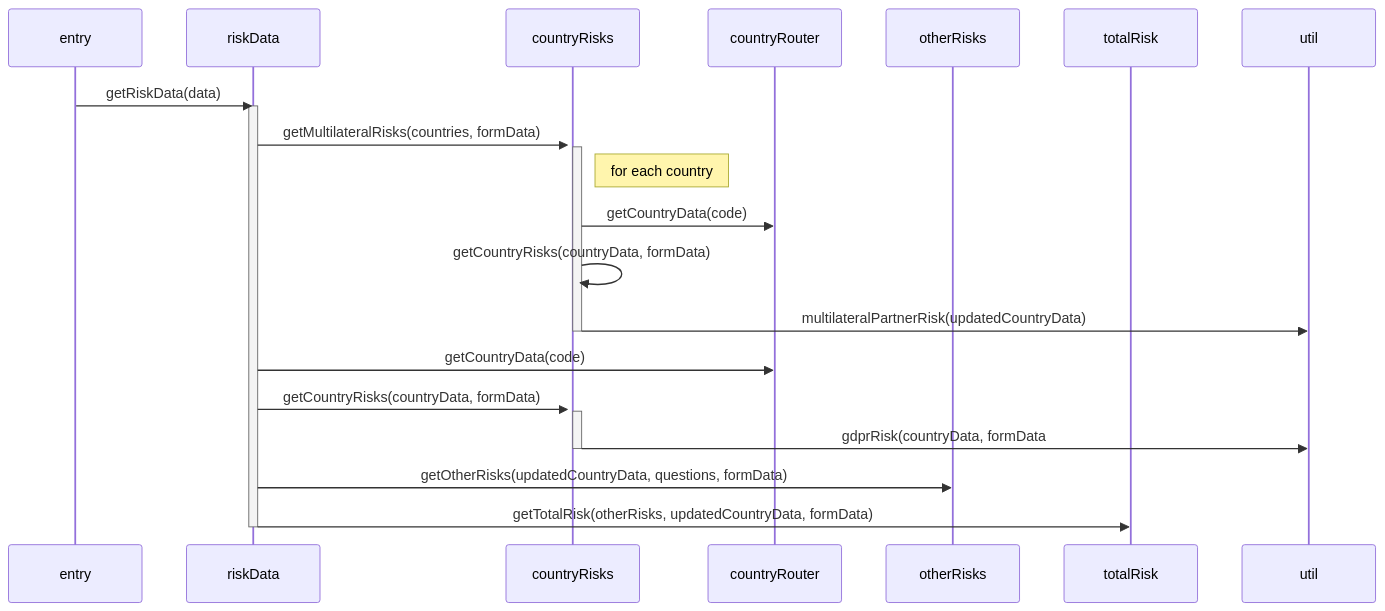
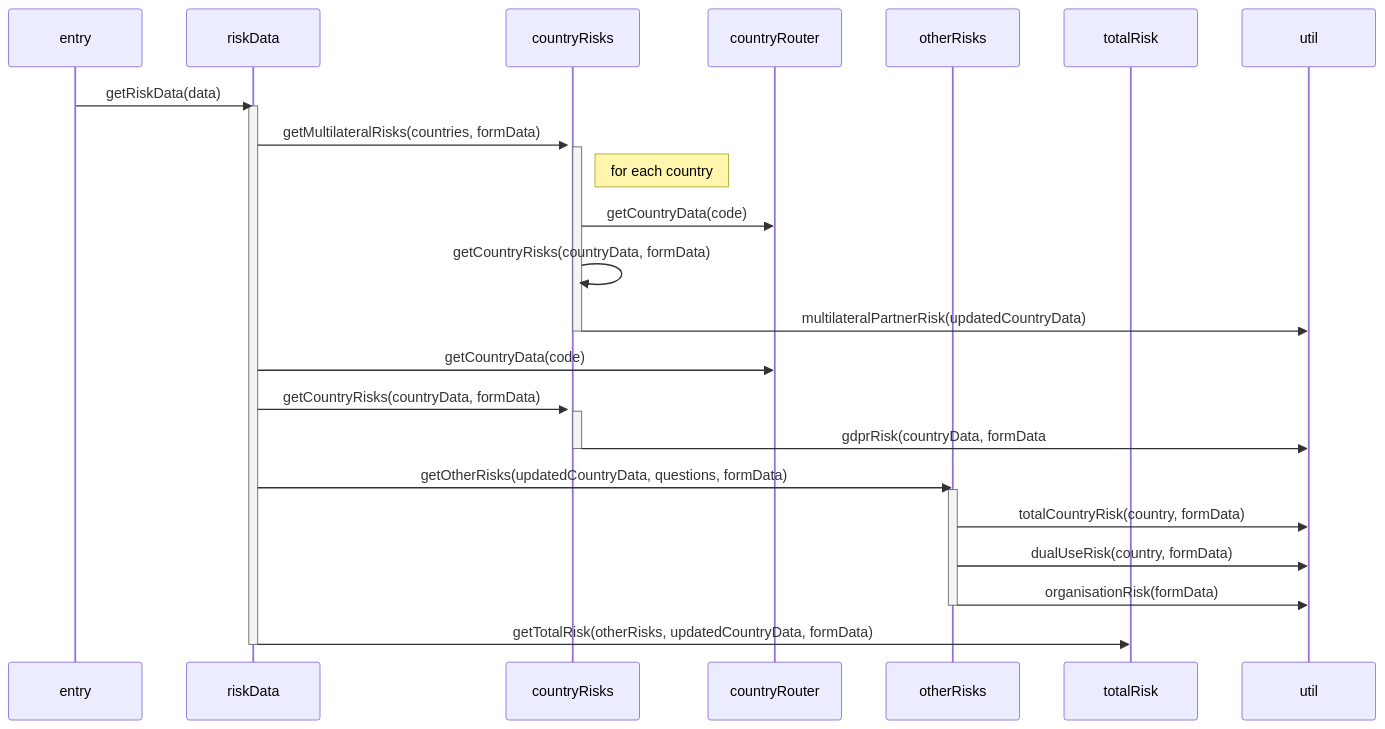
Before and after one commit to UniversityOfHelsinkiCS/riksutin: the diagram in docs/control_flow.md, drawn with Mermaid.

````diff
--- a/docs/control_flow.md
+++ b/docs/control_flow.md
@@ -1,28 +1,33 @@
 ```mermaid
 sequenceDiagram
     participant entry
     participant riskData
     participant countryRisks
     participant countryRouter
     participant otherRisks
     participant totalRisk
     participant util
 
     entry->>riskData: getRiskData(data)
     activate riskData
     riskData ->>+ countryRisks: getMultilateralRisks(countries, formData)
     activate countryRisks
     Note right of countryRisks: for each country
     countryRisks ->> countryRouter: getCountryData(code)
     countryRisks ->> countryRisks: getCountryRisks(countryData, formData)
     countryRisks ->> util: multilateralPartnerRisk(updatedCountryData)
     deactivate countryRisks
     riskData ->> countryRouter: getCountryData(code)
     riskData ->> countryRisks: getCountryRisks(countryData, formData)
     activate countryRisks
     countryRisks ->> util: gdprRisk(countryData, formData
     deactivate countryRisks
     riskData ->> otherRisks: getOtherRisks(updatedCountryData, questions, formData)
+    activate otherRisks
+    otherRisks ->> util: totalCountryRisk(country, formData)
+    otherRisks ->> util: dualUseRisk(country, formData)
+    otherRisks ->> util: organisationRisk(formData)
+    deactivate otherRisks
     riskData ->> totalRisk: getTotalRisk(otherRisks, updatedCountryData, formData)
     deactivate riskData
 ```
````
